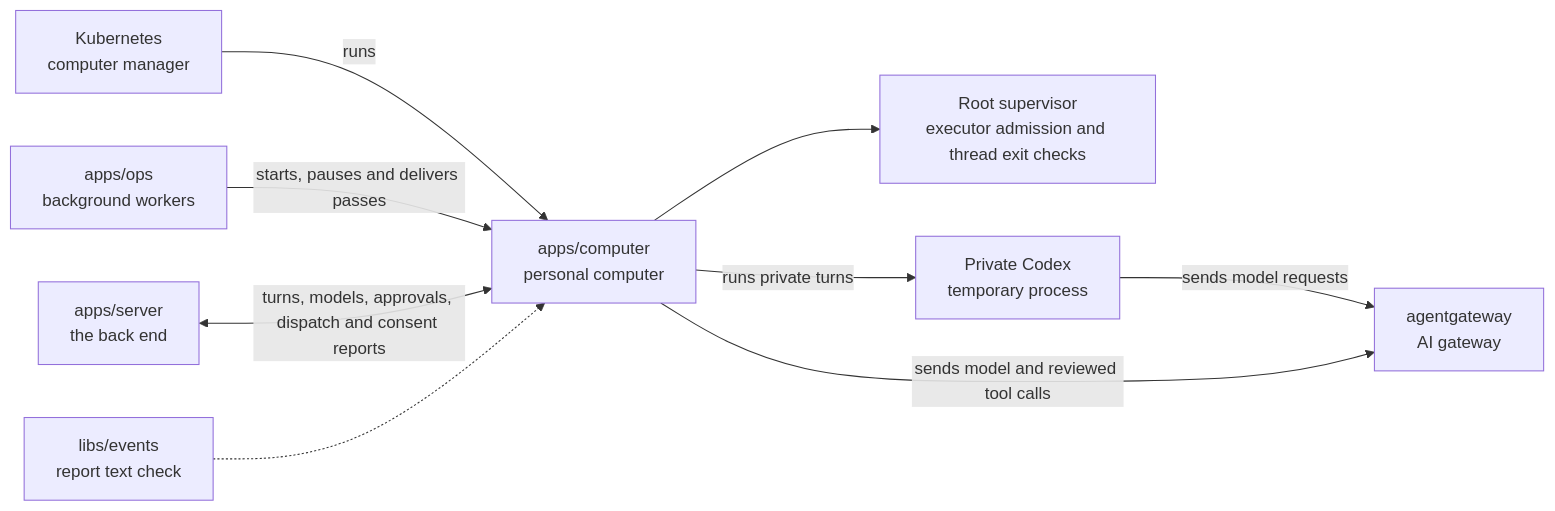
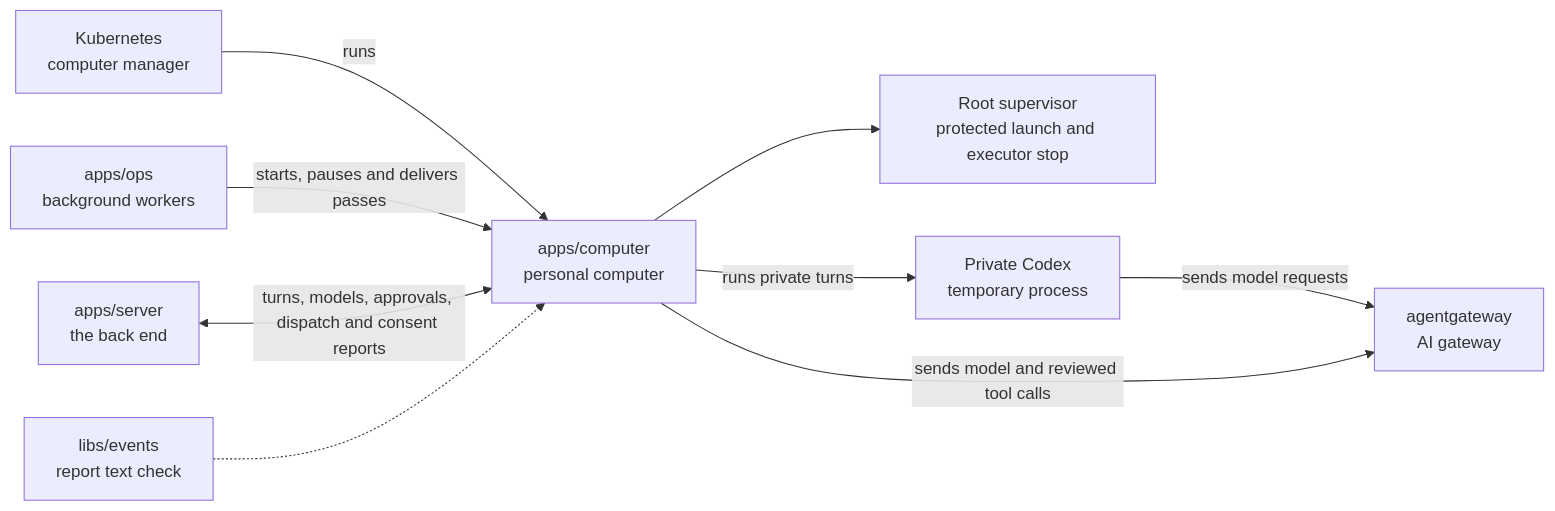
Before and after one commit to elewa-git/opencrane-new: the diagram in apps/computer/README.md, drawn with Mermaid. The commit also changed other lines of this file and 10 other files, not shown here.

````diff
--- a/apps/computer/README.md
+++ b/apps/computer/README.md
@@ -15,11 +15,11 @@
 ```mermaid
 flowchart LR
   kube["Kubernetes<br/>computer manager"] -->|runs| computer["apps/computer<br/>personal computer"]
   ops["apps/ops<br/>background workers"] -->|starts, pauses and delivers passes| computer
   server["apps/server<br/>the back end"] <-->|turns, models, approvals, dispatch and consent reports| computer
   events["libs/events<br/>report text check"] -.-> computer
-  computer --> supervisor["Root supervisor<br/>executor admission and thread exit checks"]
+  computer --> supervisor["Root supervisor<br/>protected launch and executor stop"]
   computer -->|runs private turns| private["Private Codex<br/>temporary process"]
   private -->|sends model requests| gateway
   computer -->|sends model and reviewed tool calls| gateway["agentgateway<br/>AI gateway"]
 ```
````
